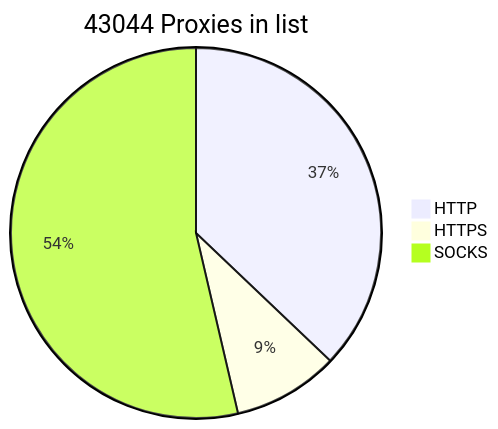
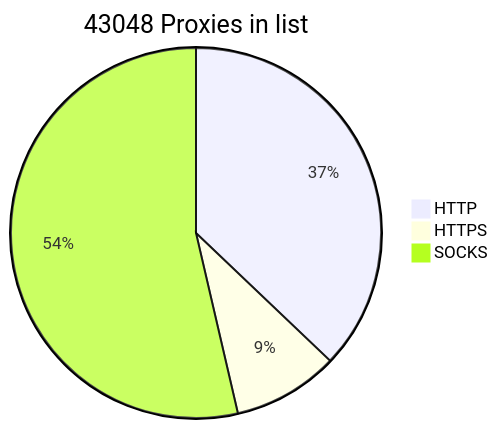
The diagram in README.md (BlackSnowDot/proxylist-update-every-minute), drawn with Mermaid before and after one commit. The commit also changed other lines of this file, not shown here.

````diff
--- a/README.md
+++ b/README.md
@@ -2,6 +2,6 @@
 ```mermaid
-pie title 43044 Proxies in list
-    "HTTP" : 17381
-    "HTTPS": 4330
+pie title 43048 Proxies in list
+    "HTTP" : 17386
+    "HTTPS": 4332
     "SOCKS" : 25124
 ```
````
